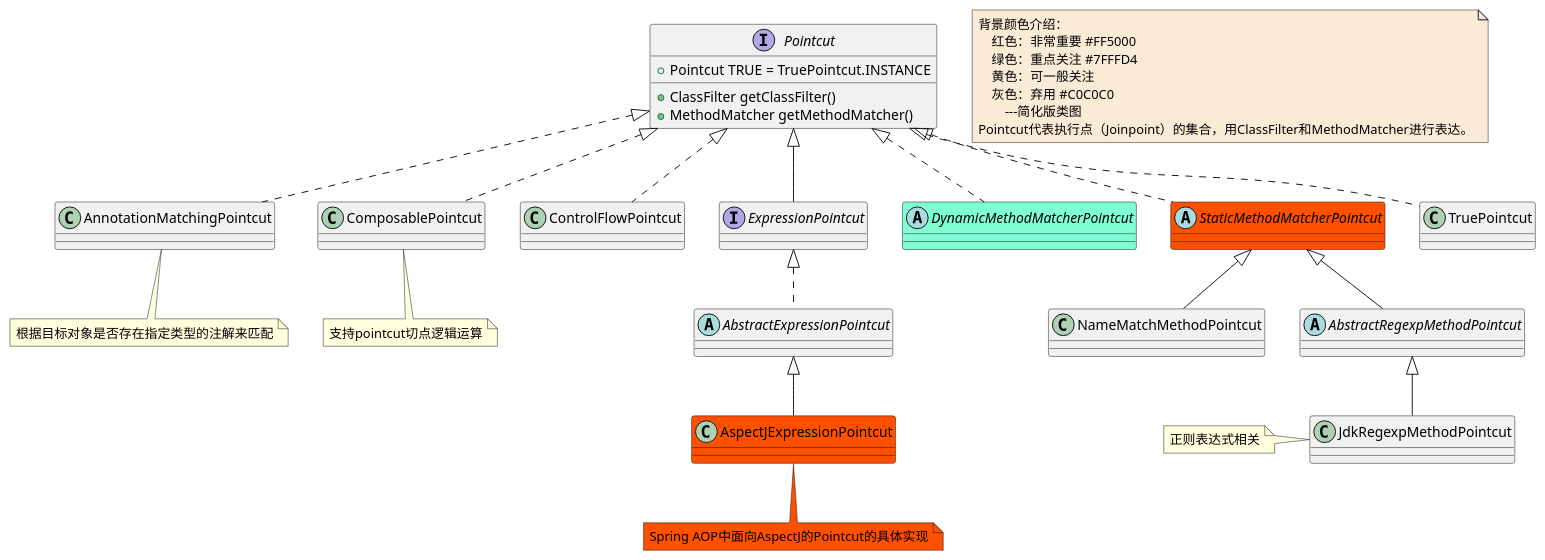
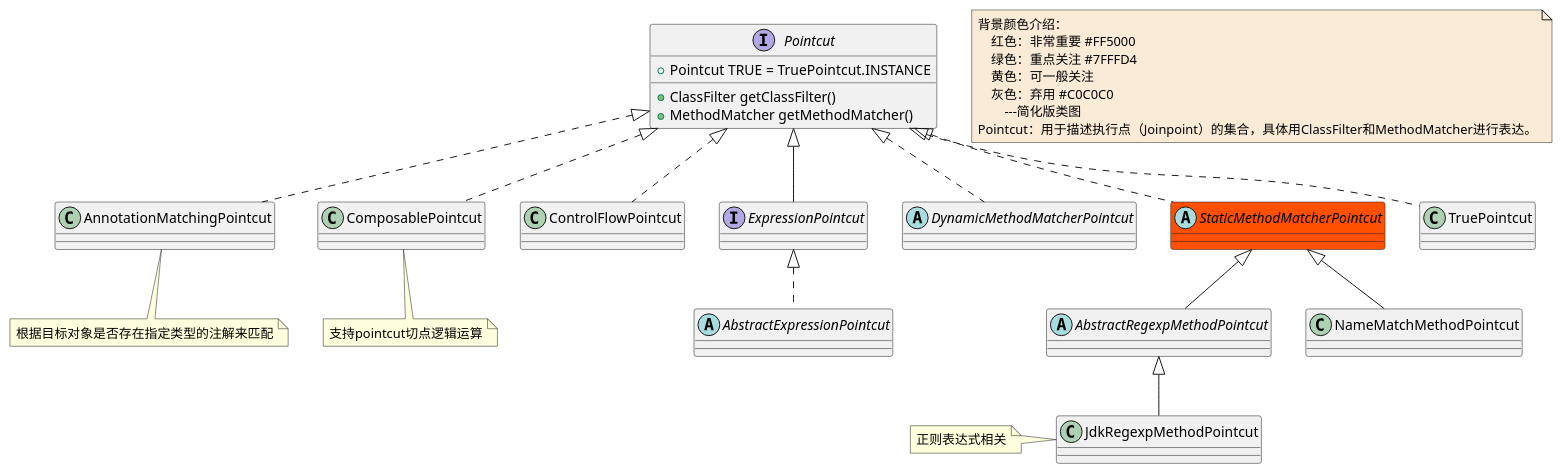
Before and after one commit to czwer/learn-spring-code: the diagram in document/spring/base/class/AOP-Pointcut-class.puml, drawn with PlantUML. The commit also changed 9 other files, not shown here.

```diff
--- a/document/spring/base/class/AOP-Pointcut-class.puml
+++ b/document/spring/base/class/AOP-Pointcut-class.puml
@@ -1,54 +1,51 @@
 @startuml
 
 note  as N1 #FAEBD7
     背景颜色介绍：
         红色：非常重要 #FF5000
         绿色：重点关注 #7FFFD4
         黄色：可一般关注
         灰色：弃用 #C0C0C0
             ---简化版类图
-    Pointcut代表执行点（Joinpoint）的集合，用ClassFilter和MethodMatcher进行表达。
+    Pointcut：用于描述执行点（Joinpoint）的集合，具体用ClassFilter和MethodMatcher进行表达。
 end note
 
 interface Pointcut
 Pointcut : +ClassFilter getClassFilter()
 Pointcut : +MethodMatcher getMethodMatcher()
 Pointcut : +Pointcut TRUE = TruePointcut.INSTANCE
 abstract class AbstractExpressionPointcut
 abstract class AbstractRegexpMethodPointcut
 class AnnotationMatchingPointcut
 note bottom : 根据目标对象是否存在指定类型的注解来匹配
-class AspectJExpressionPointcut #FF5000
-note bottom #FF5000: Spring AOP中面向AspectJ的Pointcut的具体实现
 class ComposablePointcut
 note bottom : 支持pointcut切点逻辑运算
 class ControlFlowPointcut
 interface ExpressionPointcut
-abstract class DynamicMethodMatcherPointcut #7FFFD4
+abstract class DynamicMethodMatcherPointcut
 class JdkRegexpMethodPointcut
 note left : 正则表达式相关
 class NameMatchMethodPointcut
 abstract class StaticMethodMatcherPointcut #FF5000
 class TruePointcut
 
-AbstractExpressionPointcut <|-- AspectJExpressionPointcut
 AbstractRegexpMethodPointcut <|-- JdkRegexpMethodPointcut
 
 ExpressionPointcut <|.. AbstractExpressionPointcut
 
 
 Pointcut <|.. AnnotationMatchingPointcut
 Pointcut <|.. ComposablePointcut
 Pointcut <|.. ControlFlowPointcut
 Pointcut <|.. DynamicMethodMatcherPointcut
 Pointcut <|-- ExpressionPointcut
 Pointcut <|.. StaticMethodMatcherPointcut
 Pointcut <|.. TruePointcut
 
 StaticMethodMatcherPointcut <|-- AbstractRegexpMethodPointcut
 StaticMethodMatcherPointcut <|-- NameMatchMethodPointcut
 
 
 
 
 @enduml
```
